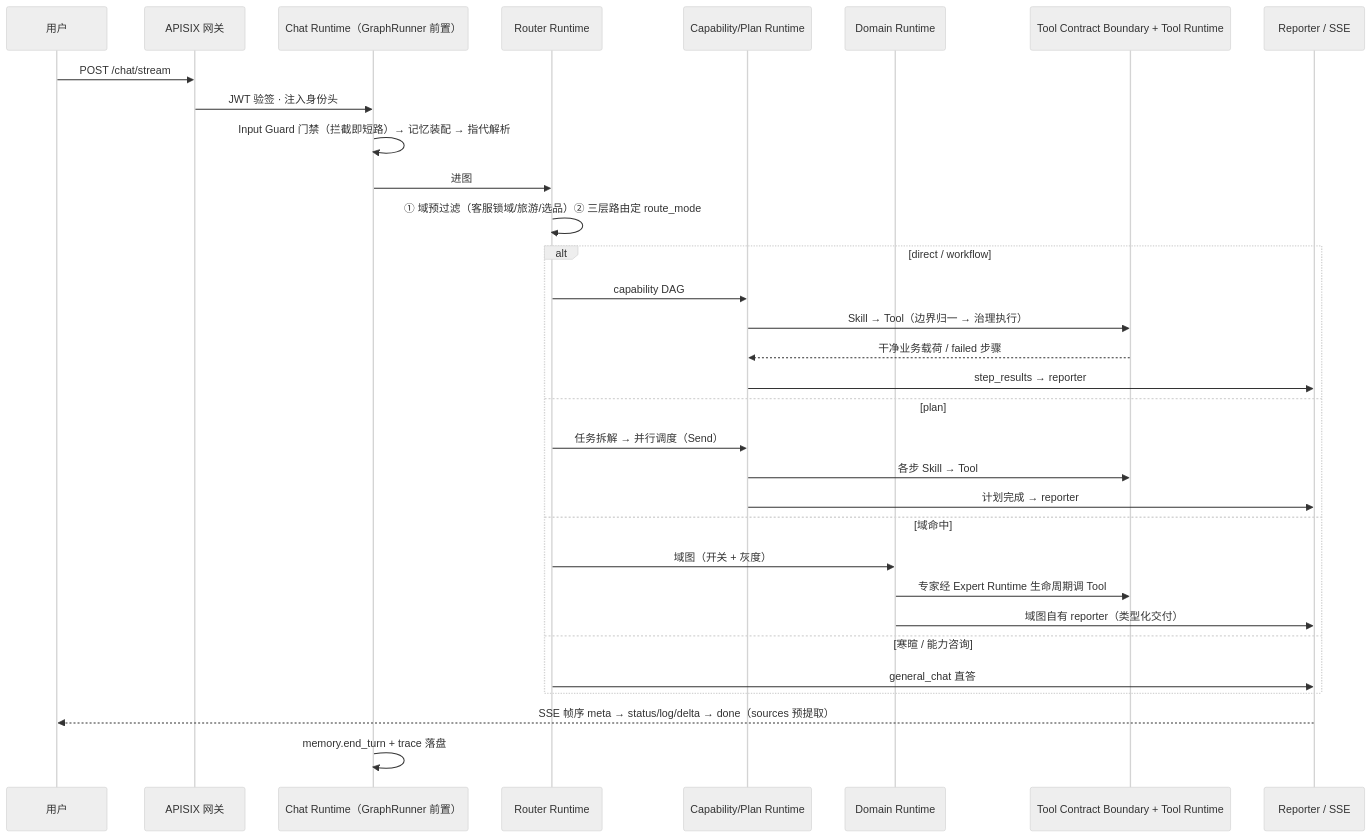
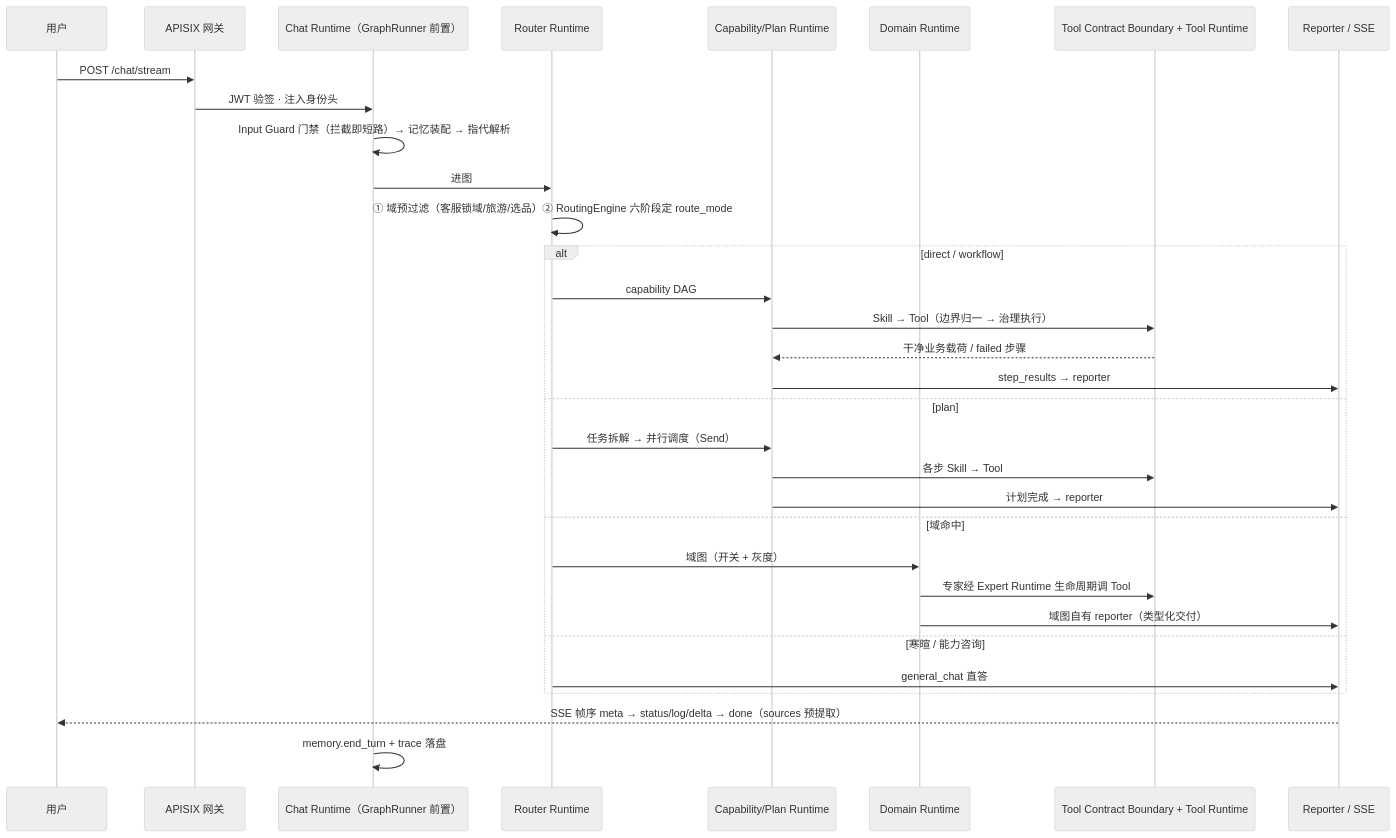
Before and after one commit to Jayus-07/agent: the second of 2 diagrams in docs/architecture/Architecture-Baseline.md, drawn with Mermaid (neutral theme). The commit also changed other lines of this file and 6 other files, not shown here.

First line of the commit message:
docs(routing): 路由层收口文档同步——RoutingEngine 六阶段口径替换三层路由残留

````diff
--- a/docs/architecture/Architecture-Baseline.md
+++ b/docs/architecture/Architecture-Baseline.md
@@ -83,35 +85,35 @@
 ```mermaid
 sequenceDiagram
     participant U as 用户
     participant GW as APISIX 网关
     participant RT as Chat Runtime（GraphRunner 前置）
     participant RO as Router Runtime
     participant CA as Capability/Plan Runtime
     participant DO as Domain Runtime
     participant TC as Tool Contract Boundary + Tool Runtime
     participant RS as Reporter / SSE
 
     U->>GW: POST /chat/stream
     GW->>RT: JWT 验签 · 注入身份头
     RT->>RT: Input Guard 门禁（拦截即短路）→ 记忆装配 → 指代解析
     RT->>RO: 进图
-    RO->>RO: ① 域预过滤（客服锁域/旅游/选品）② 三层路由定 route_mode
+    RO->>RO: ① 域预过滤（客服锁域/旅游/选品）② RoutingEngine 六阶段定 route_mode
     alt direct / workflow
         RO->>CA: capability DAG
         CA->>TC: Skill → Tool（边界归一 → 治理执行）
         TC-->>CA: 干净业务载荷 / failed 步骤
         CA->>RS: step_results → reporter
     else plan
         RO->>CA: 任务拆解 → 并行调度（Send）
         CA->>TC: 各步 Skill → Tool
         CA->>RS: 计划完成 → reporter
     else 域命中
         RO->>DO: 域图（开关 + 灰度）
         DO->>TC: 专家经 Expert Runtime 生命周期调 Tool
         DO->>RS: 域图自有 reporter（类型化交付）
     else 寒暄 / 能力咨询
         RO->>RS: general_chat 直答
     end
     RS-->>U: SSE 帧序 meta → status/log/delta → done（sources 预提取）
     RT->>RT: memory.end_turn + trace 落盘
 ```
````
